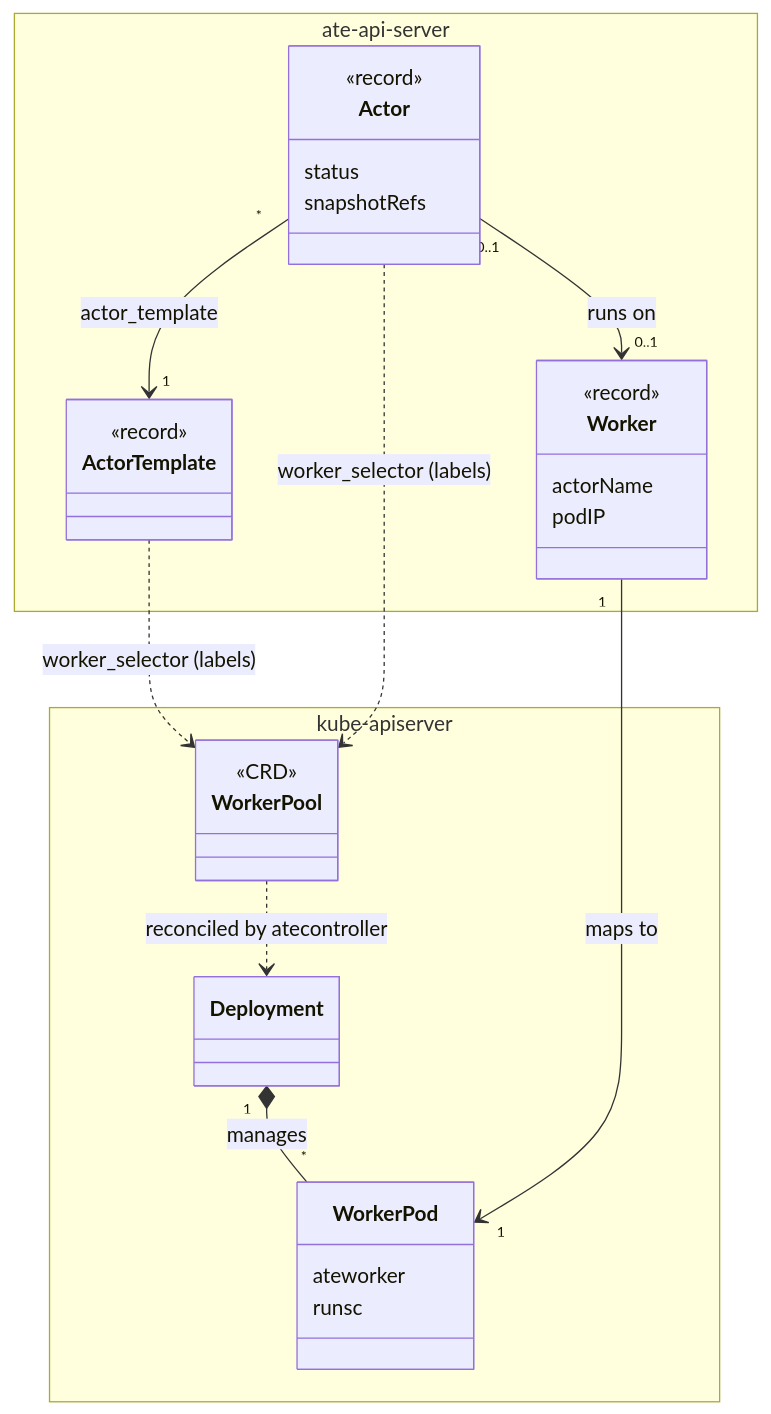
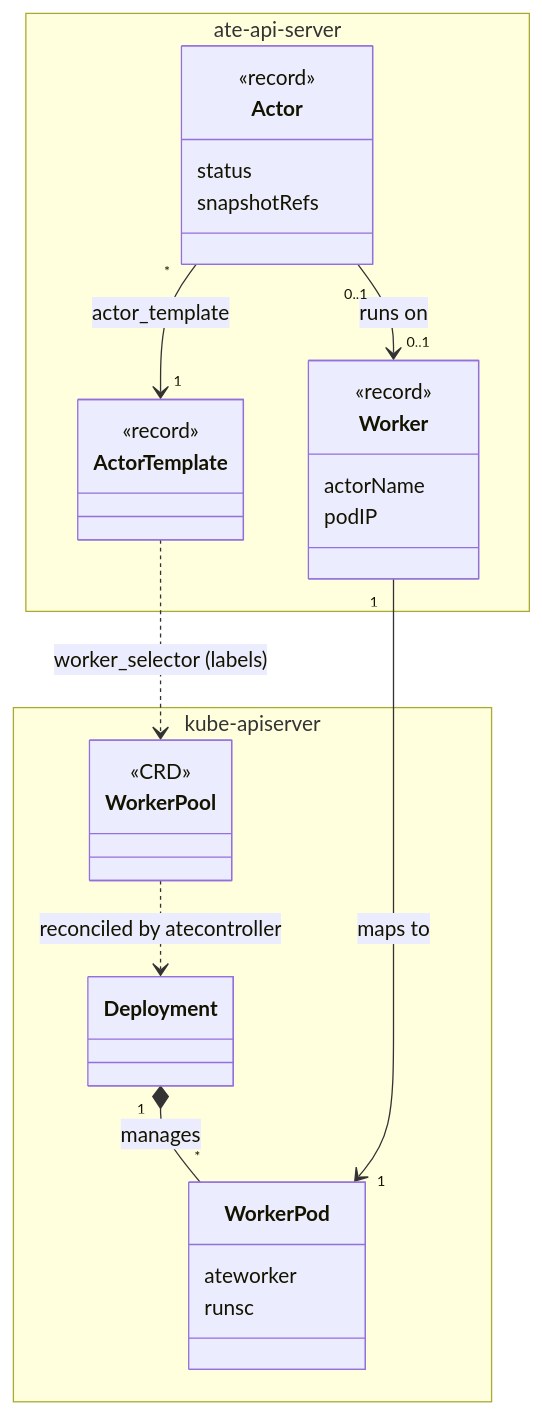
One commit to agent-substrate/substrate changed the first of 3 diagrams in docs/architecture.md. Above: the diagram before and after it, drawn with Mermaid. The commit also changed 1 other file, not shown here.

Commit message:
controlapi, docs: Cover reverted generation in location check and drop transitive diagram edge

````diff
--- a/docs/architecture.md
+++ b/docs/architecture.md
@@ -268,37 +268,36 @@
 ```mermaid
 classDiagram
     namespace kube-apiserver {
         class WorkerPool {
             <<CRD>>
         }
         class Deployment
         class WorkerPod {
             ateworker
             runsc
         }
     }
 
     namespace ate-api-server {
         class ActorTemplate {
             <<record>>
         }
         class Actor {
             <<record>>
             status
             snapshotRefs
         }
         class Worker {
             <<record>>
             actorName
             podIP
         }
     }
 
     ActorTemplate ..> WorkerPool : worker_selector (labels)
-    Actor ..> WorkerPool : worker_selector (labels)
     WorkerPool ..> Deployment : reconciled by atecontroller
     Deployment "1" *-- "*" WorkerPod : manages
     Actor "*" --> "1" ActorTemplate : actor_template
     Actor "0..1" --> "0..1" Worker : runs on
     Worker "1" --> "1" WorkerPod : maps to
 ```
````
